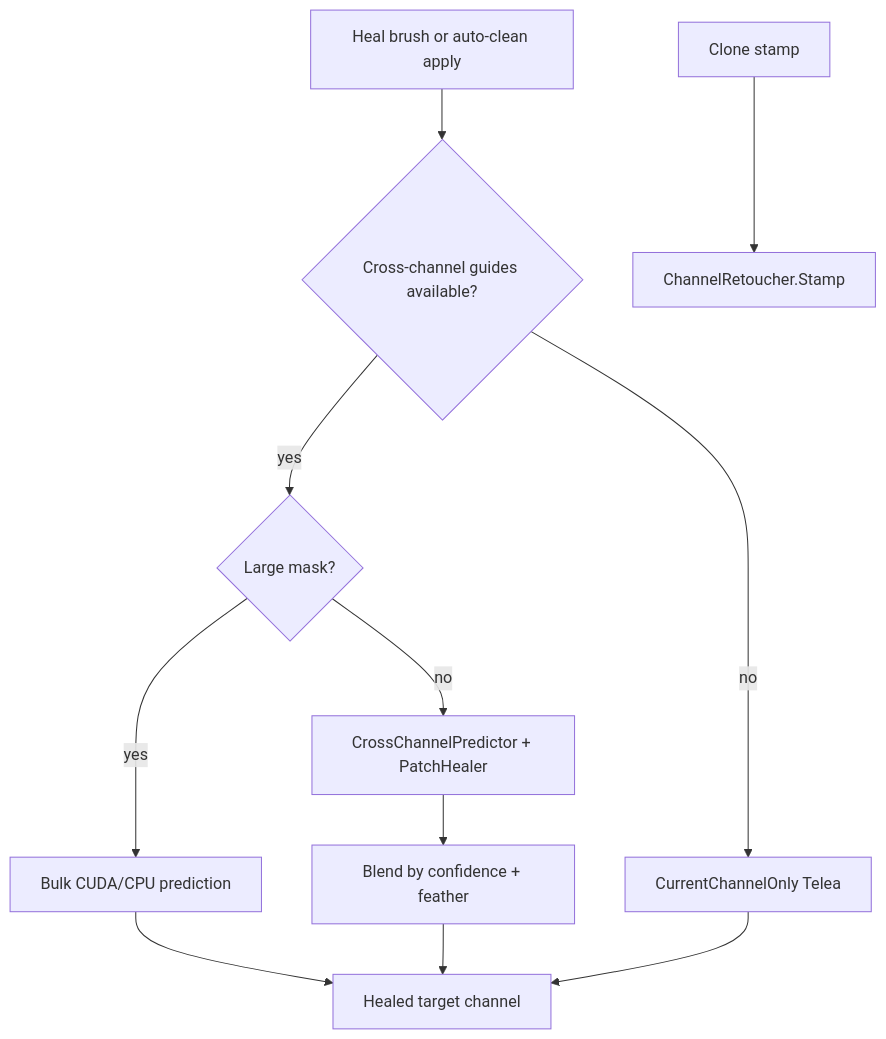
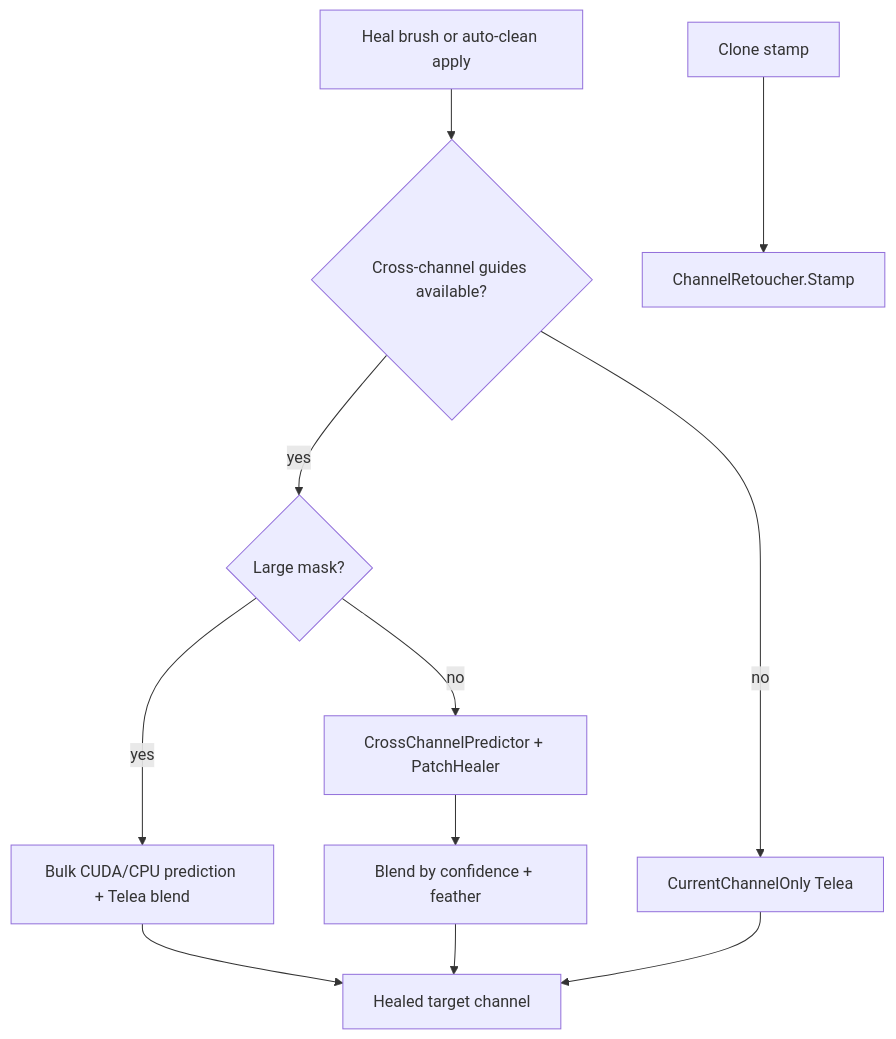
One commit to antsht/-Prokudin changed the second of 3 diagrams in docs/architecture.md. Above: the diagram before and after it, drawn with Mermaid. The commit also changed other lines of this file and 3 other files, not shown here.

````diff
--- a/docs/architecture.md
+++ b/docs/architecture.md
@@ -115,14 +116,14 @@
 ```mermaid
 flowchart TD
   stroke[Heal brush or auto-clean apply]
   stroke --> guides{Cross-channel guides available?}
   guides -->|yes| large{Large mask?}
-  large -->|yes| bulk[Bulk CUDA/CPU prediction]
+  large -->|yes| bulk[Bulk CUDA/CPU prediction + Telea blend]
   large -->|no| cc[CrossChannelPredictor + PatchHealer]
   guides -->|no| fallback[CurrentChannelOnly Telea]
   cc --> blend[Blend by confidence + feather]
   bulk --> out[Healed target channel]
   fallback --> out[Healed target channel]
   blend --> out
   stamp[Clone stamp] --> copy[ChannelRetoucher.Stamp]
 ```
````
